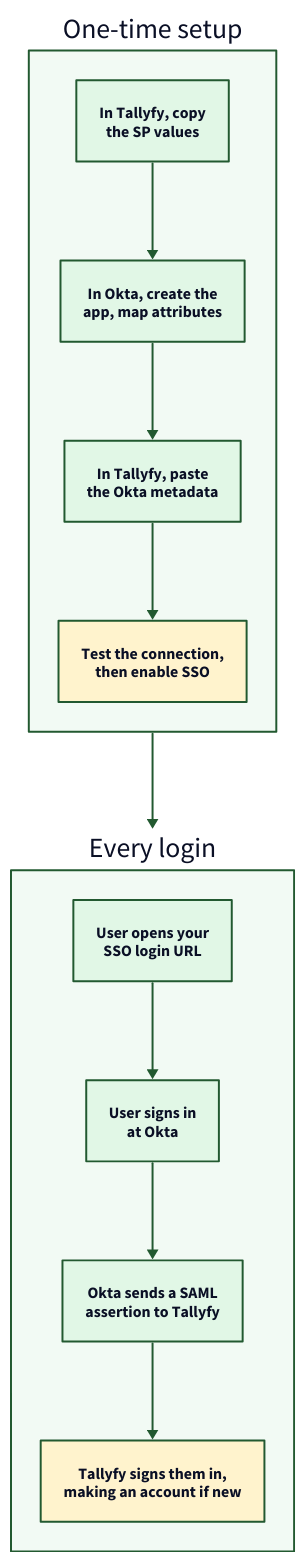
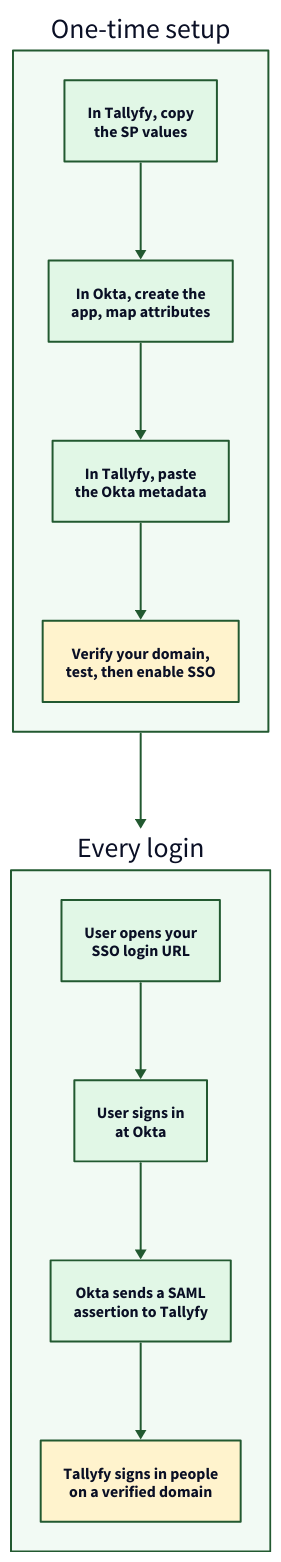
One commit to tallyfy/documentation changed the diagram in src/content/docs/pro/integrations/authentication/how-to-integrate-okta-samlsso-with-tallyfy.mdx. Above: the diagram before and after it, drawn with D2. The commit also changed other lines of this file and 11 other files, not shown here.

````diff
--- a/src/content/docs/pro/integrations/authentication/how-to-integrate-okta-samlsso-with-tallyfy.mdx
+++ b/src/content/docs/pro/integrations/authentication/how-to-integrate-okta-samlsso-with-tallyfy.mdx
@@ -170,72 +170,72 @@
 ```d2
 # Okta SSO: one-time setup, then every login
 direction: down
 
 Setup: "One-time setup" {
   style.fill: "#f2faf4"
   style.stroke: "#225930"
 
   Copy: "In Tallyfy, copy\nthe SP values" {
     style.fill: "#e1f7e6"
     style.stroke: "#225930"
   }
   App: "In Okta, create the\napp, map attributes" {
     style.fill: "#e1f7e6"
     style.stroke: "#225930"
   }
   Paste: "In Tallyfy, paste\nthe Okta metadata" {
     style.fill: "#e1f7e6"
     style.stroke: "#225930"
   }
-  Enable: "Test the connection,\nthen enable SSO" {
+  Enable: "Verify your domain,\ntest, then enable SSO" {
     style.fill: "#fff3cd"
     style.stroke: "#225930"
   }
 
   Copy -> App: {
     style.stroke: "#225930"
   }
   App -> Paste: {
     style.stroke: "#225930"
   }
   Paste -> Enable: {
     style.stroke: "#225930"
   }
 }
 
 Login: "Every login" {
   style.fill: "#f2faf4"
   style.stroke: "#225930"
 
   Open: "User opens your\nSSO login URL" {
     style.fill: "#e1f7e6"
     style.stroke: "#225930"
   }
   SignIn: "User signs in\nat Okta" {
     style.fill: "#e1f7e6"
     style.stroke: "#225930"
   }
   Assert: "Okta sends a SAML\nassertion to Tallyfy" {
     style.fill: "#e1f7e6"
     style.stroke: "#225930"
   }
-  Match: "Tallyfy signs them in,\nmaking an account if new" {
+  Match: "Tallyfy signs in people\non a verified domain" {
     style.fill: "#fff3cd"
     style.stroke: "#225930"
   }
 
   Open -> SignIn: {
     style.stroke: "#225930"
   }
   SignIn -> Assert: {
     style.stroke: "#225930"
   }
   Assert -> Match: {
     style.stroke: "#225930"
   }
 }
 
 Setup -> Login: {
   style.stroke: "#225930"
 }
 ```
````
